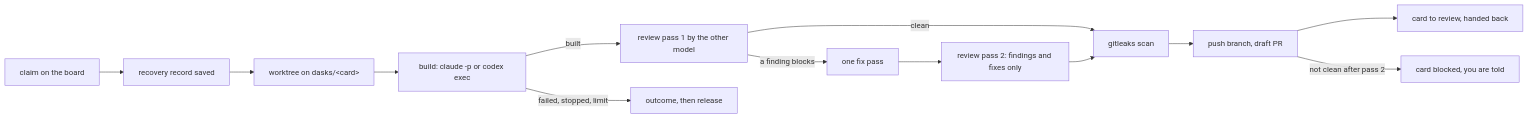
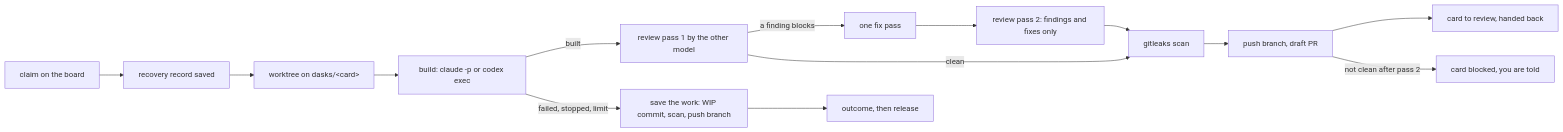
The diagram in docs/runner.md (drake-agent/dasks-kit), drawn with Mermaid before and after one commit. The commit also changed other lines of this file and 6 other files, not shown here.

First line of the commit message:
Runner: a stopped build keeps its work and the next run continues from it

````diff
--- a/docs/runner.md
+++ b/docs/runner.md
@@ -7,15 +7,16 @@
 ```mermaid
 flowchart LR
   A[claim on the board] --> B[recovery record saved]
   B --> C[worktree on dasks/&lt;card&gt;]
   C --> D[build: claude -p or codex exec]
   D -->|built| E[review pass 1 by the other model]
   E -->|a finding blocks| F[one fix pass]
   F --> P[review pass 2: findings and fixes only]
   E -->|clean| G[gitleaks scan]
   P --> G
   G --> H[push branch, draft PR]
   H --> I[card to review, handed back]
   H -->|not clean after pass 2| B2[card blocked, you are told]
-  D -->|failed, stopped, limit| R[outcome, then release]
+  D -->|failed, stopped, limit| S[save the work: WIP commit, scan, push branch]
+  S --> R[outcome, then release]
 ```
````
